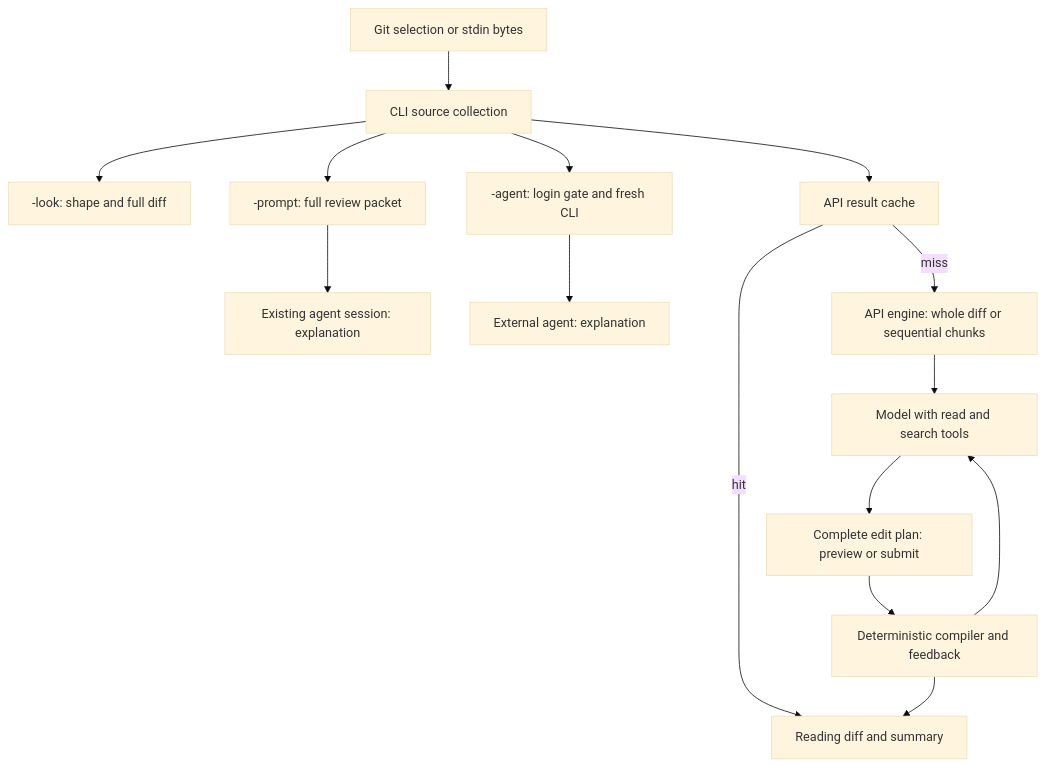
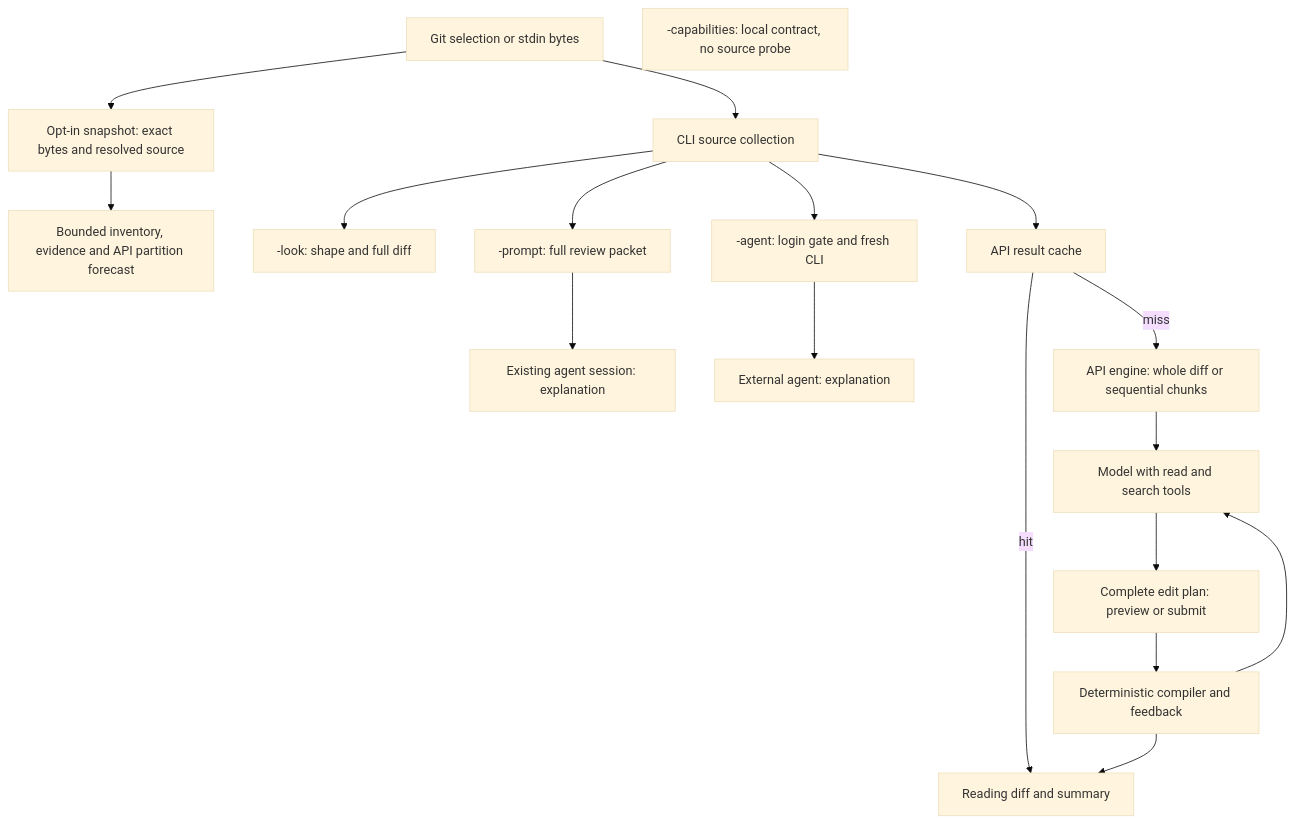
One commit to adagora/diff-explain changed the diagram in docs/system-design.md. Above: the diagram before and after it, drawn with Mermaid (base theme). The commit also changed other lines of this file and 41 other files, not shown here.

````diff
--- a/docs/system-design.md
+++ b/docs/system-design.md
@@ -53,17 +54,20 @@
 ```mermaid
 flowchart TD
     S["Git selection or stdin bytes"] --> C["CLI source collection"]
+    S --> B["Opt-in snapshot: exact bytes and resolved source"]
+    B --> I["Bounded inventory, evidence and API partition forecast"]
+    A["-capabilities: local contract, no source probe"]
     C --> L["-look: shape and full diff"]
     C --> P["-prompt: full review packet"]
     P --> O["Existing agent session: explanation"]
     C --> N["-agent: login gate and fresh CLI"]
     N --> X["External agent: explanation"]
     C --> K["API result cache"]
     K -->|hit| R["Reading diff and summary"]
     K -->|miss| E["API engine: whole diff or sequential chunks"]
     E --> M["Model with read and search tools"]
     M --> V["Complete edit plan: preview or submit"]
     V --> D["Deterministic compiler and feedback"]
     D --> M
     D --> R
 ```
````
